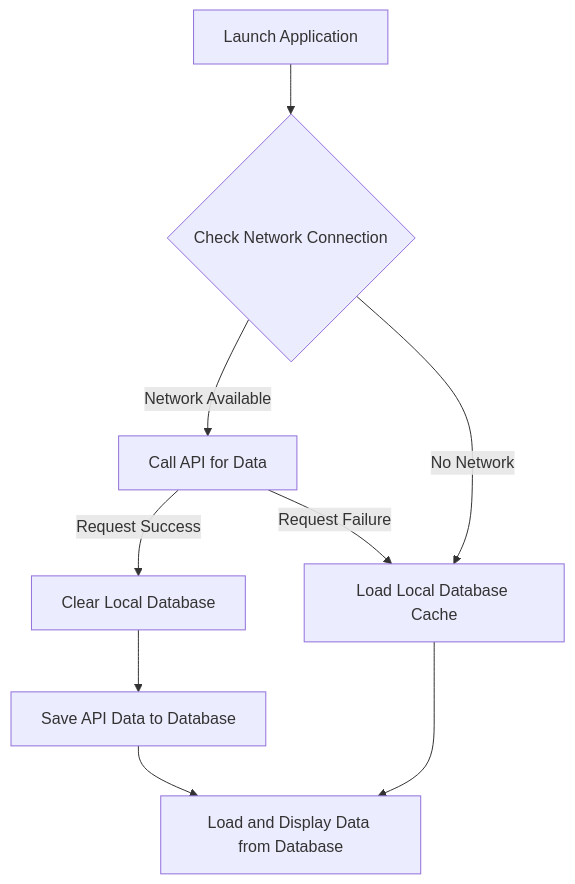
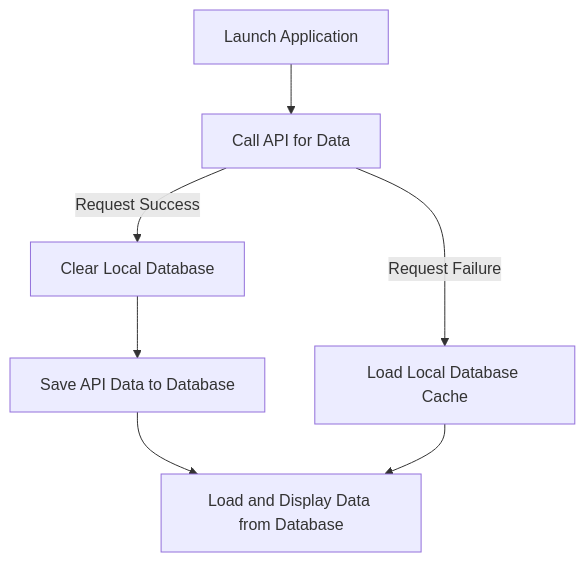
The first of 2 diagrams in README.md (ladmini/RoomBookList), drawn with Mermaid before and after one commit. The commit also changed other lines of this file, not shown here.

Commit message:
fix Data Loading Flow

````diff
--- a/README.md
+++ b/README.md
@@ -11,13 +11,11 @@
 ```mermaid
 graph TD
-    A[Launch Application] --> B{Check Network Connection}
-    B -->|Network Available| C[Call API for Data]
-    B -->|No Network| F[Load Local Database Cache]
+    A[Launch Application] --> C[Call API for Data]
     
     C -->|Request Success| D[Clear Local Database]
     D --> E[Save API Data to Database]
     E --> G[Load and Display Data from Database]
     
-    C -->|Request Failure| F
+    C -->|Request Failure| F[Load Local Database Cache]
     F --> G
 ```
````
